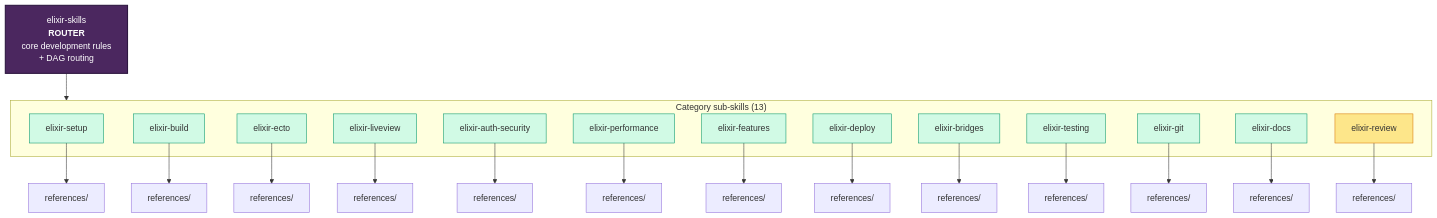
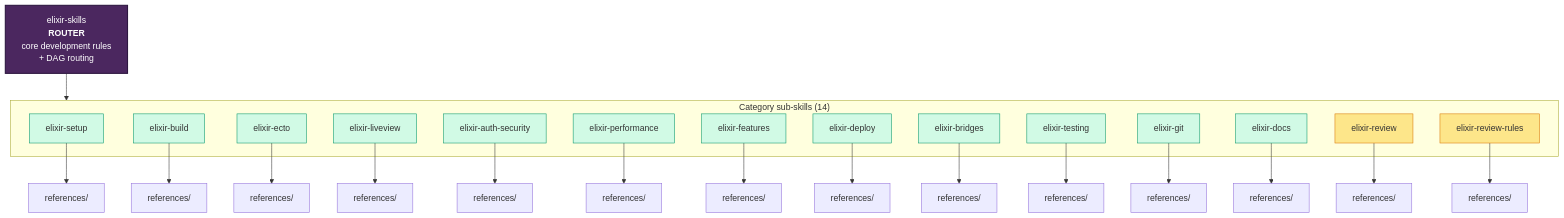
Before and after one commit to alvarolizama/elixir-skills: the diagram in README.md, drawn with Mermaid. The commit also changed other lines of this file, not shown here.

Commit message:
docs: register elixir-review-rules in README (14 sub-skills, architecture mermaid, structure tree)

````diff
--- a/README.md
+++ b/README.md
@@ -23,49 +23,52 @@
 ```mermaid
 flowchart TD
     R["elixir-skills<br/><b>ROUTER</b><br/>core development rules<br/>+ DAG routing"] --> CATS
 
-    subgraph CATS["Category sub-skills (13)"]
+    subgraph CATS["Category sub-skills (14)"]
         SETUP["elixir-setup"]
         BUILD["elixir-build"]
         ECTO["elixir-ecto"]
         LV["elixir-liveview"]
         AUTH["elixir-auth-security"]
         PERF["elixir-performance"]
         FEAT["elixir-features"]
         DEPLOY["elixir-deploy"]
         BRIDGES["elixir-bridges"]
         TEST["elixir-testing"]
         GIT["elixir-git"]
         DOCS["elixir-docs"]
         REVIEW["elixir-review"]
+        RULES["elixir-review-rules"]
     end
 
     SETUP --> SETUPR["references/"]
     BUILD --> BUILDR["references/"]
     ECTO --> ECTOR["references/"]
     LV --> LVR["references/"]
     AUTH --> AUTHR["references/"]
     PERF --> PERFR["references/"]
     FEAT --> FEATR["references/"]
     DEPLOY --> DEPLOYR["references/"]
     BRIDGES --> BRIDGESR["references/"]
     TEST --> TESTR["references/"]
     GIT --> GITR["references/"]
     DOCS --> DOCSR["references/"]
     REVIEW --> REVIEWR["references/"]
+    RULES --> RULESR["references/"]
 
     style R fill:#4B275F,color:#fff,stroke:#2d1740,stroke-width:2px
     style SETUP fill:#d1fae5,stroke:#059669
     style BUILD fill:#d1fae5,stroke:#059669
     style ECTO fill:#d1fae5,stroke:#059669
     style LV fill:#d1fae5,stroke:#059669
     style AUTH fill:#d1fae5,stroke:#059669
     style PERF fill:#d1fae5,stroke:#059669
     style FEAT fill:#d1fae5,stroke:#059669
     style DEPLOY fill:#d1fae5,stroke:#059669
     style BRIDGES fill:#d1fae5,stroke:#059669
     style TEST fill:#d1fae5,stroke:#059669
     style GIT fill:#d1fae5,stroke:#059669
     style DOCS fill:#d1fae5,stroke:#059669
     style REVIEW fill:#fde68a,stroke:#d97706
+    style RULES fill:#fde68a,stroke:#d97706
 ```
````
